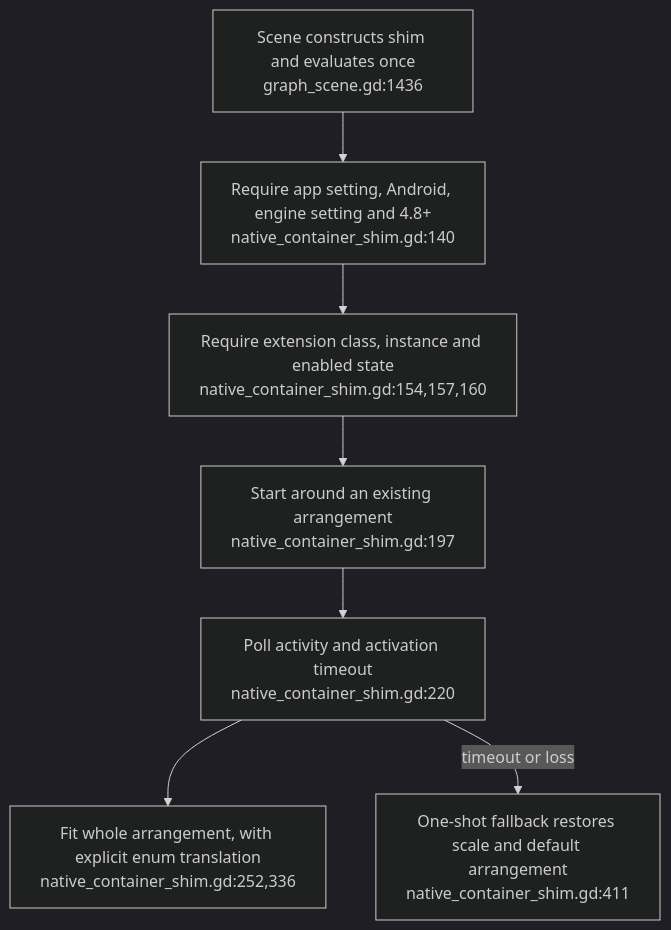
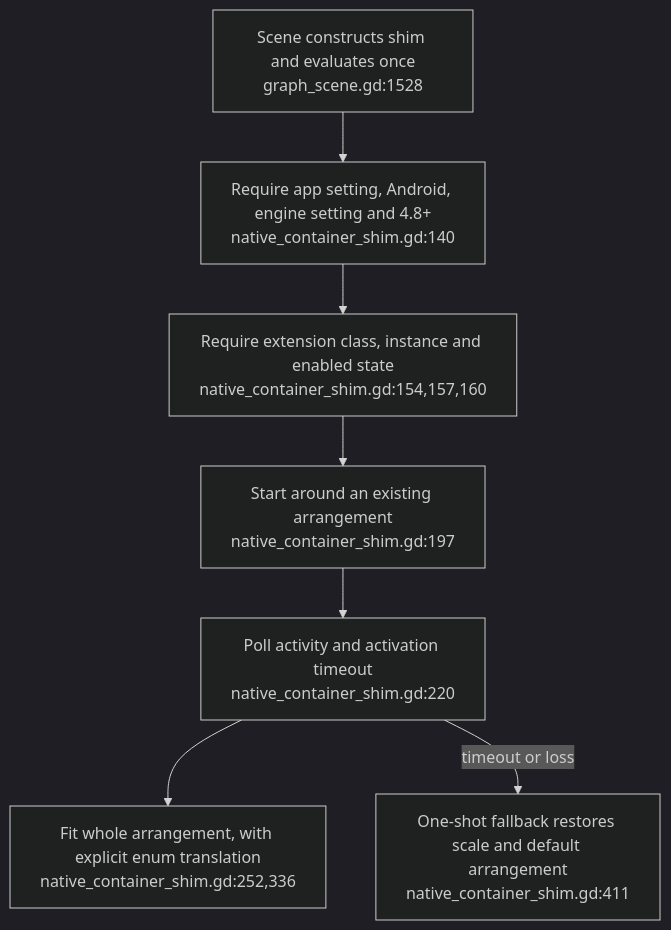
The third of 3 diagrams in docs/diagrams/visionclaw/46-spatial-volume-fit-and-link-budget.md (DreamLab-AI/VisionFlow), drawn with Mermaid (dark theme) before and after one commit. The commit also changed other lines of this file and 173 other files, not shown here.

````diff
--- a/docs/diagrams/visionclaw/46-spatial-volume-fit-and-link-budget.md
+++ b/docs/diagrams/visionclaw/46-spatial-volume-fit-and-link-budget.md
@@ -61,9 +64,9 @@
 ```mermaid
 flowchart TD
-    BOOT["Scene constructs shim and evaluates once<br/>graph_scene.gd:1436"] --> GATE["Require app setting, Android, engine setting and 4.8+<br/>native_container_shim.gd:140"]
+    BOOT["Scene constructs shim and evaluates once<br/>graph_scene.gd:1528"] --> GATE["Require app setting, Android, engine setting and 4.8+<br/>native_container_shim.gd:140"]
     GATE --> EXT["Require extension class, instance and enabled state<br/>native_container_shim.gd:154,157,160"]
     EXT --> START["Start around an existing arrangement<br/>native_container_shim.gd:197"]
     START --> WATCH["Poll activity and activation timeout<br/>native_container_shim.gd:220"]
     WATCH --> FIT["Fit whole arrangement, with explicit enum translation<br/>native_container_shim.gd:252,336"]
     WATCH -->|timeout or loss| FALL["One-shot fallback restores scale and default arrangement<br/>native_container_shim.gd:411"]
 ```
````
